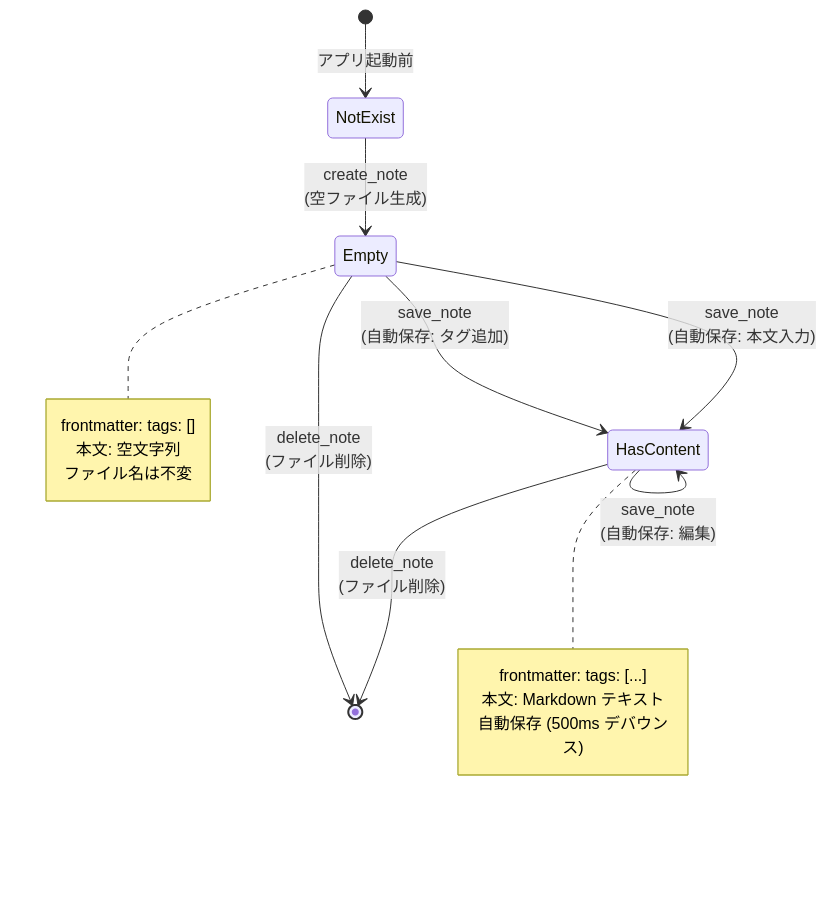
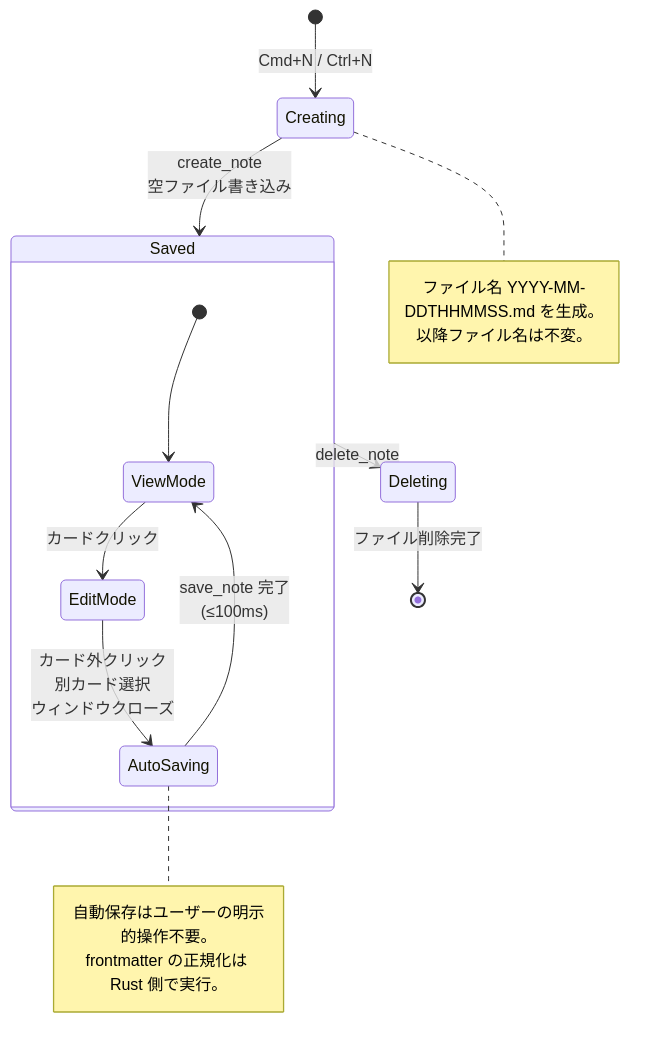
One commit to dev-komenzar/prompt-notes changed the second of 4 diagrams in docs/detailed_design/storage_fileformat_design.md. Above: the diagram before and after it, drawn with Mermaid. The commit also changed other lines of this file and 12 other files, not shown here.

````diff
--- a/docs/detailed_design/storage_fileformat_design.md
+++ b/docs/detailed_design/storage_fileformat_design.md
@@ -94,23 +124,25 @@
 ```mermaid
 stateDiagram-v2
-    [*] --> NotExist: アプリ起動前
+    [*] --> Creating: Cmd+N / Ctrl+N
+    Creating --> Saved: create_note<br/>空ファイル書き込み
 
-    NotExist --> Empty: create_note<br/>(空ファイル生成)
-    Empty --> HasContent: save_note<br/>(自動保存: 本文入力)
-    HasContent --> HasContent: save_note<br/>(自動保存: 編集)
-    Empty --> HasContent: save_note<br/>(自動保存: タグ追加)
-    HasContent --> [*]: delete_note<br/>(ファイル削除)
-    Empty --> [*]: delete_note<br/>(ファイル削除)
+    state Saved {
+        [*] --> ViewMode
+        ViewMode --> EditMode: カードクリック
+        EditMode --> AutoSaving: カード外クリック<br/>別カード選択<br/>ウィンドウクローズ
+        AutoSaving --> ViewMode: save_note 完了<br/>(≤100ms)
+    }
 
-    note right of Empty
-        frontmatter: tags: []
-        本文: 空文字列
-        ファイル名は不変
+    Saved --> Deleting: delete_note
+    Deleting --> [*]: ファイル削除完了
+
+    note right of Creating
+        ファイル名 YYYY-MM-DDTHHMMSS.md を生成。
+        以降ファイル名は不変。
     end note
 
-    note right of HasContent
-        frontmatter: tags: [...]
-        本文: Markdown テキスト
-        自動保存 (500ms デバウンス)
+    note right of AutoSaving
+        自動保存はユーザーの明示的操作不要。
+        frontmatter の正規化は Rust 側で実行。
     end note
 ```
````
